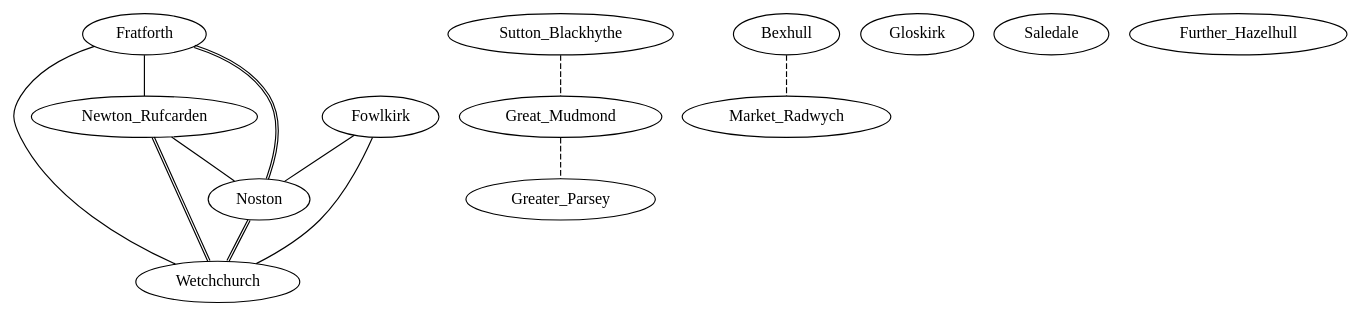
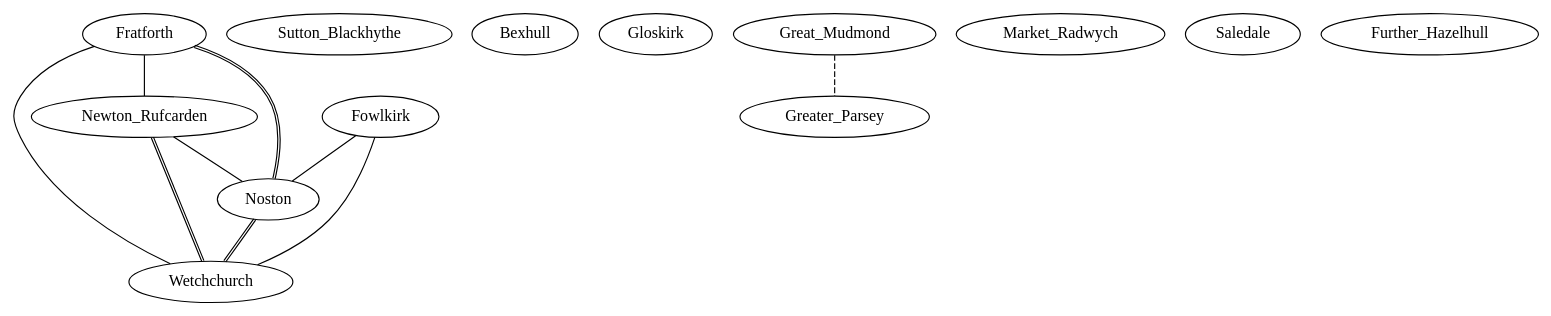
The diagram in simoutput.dot (Spagooni/base_java_project---Copy), drawn with Graphviz before and after one commit. The commit also changed 39 other files, not shown here.

```diff
--- a/simoutput.dot
+++ b/simoutput.dot
@@ -1,26 +1,24 @@
 graph Towns {
     Fratforth
     Sutton_Blackhythe
     Bexhull
     Wetchchurch
     Newton_Rufcarden
     Gloskirk
     Great_Mudmond
     Noston
     Greater_Parsey
     Market_Radwych
     Fowlkirk
     Saledale
     Further_Hazelhull
     Newton_Rufcarden -- Noston
     Newton_Rufcarden -- Wetchchurch [color="black:black"]
     Fratforth -- Wetchchurch
     Great_Mudmond -- Greater_Parsey [style="dashed"]
     Fratforth -- Noston [color="black:black"]
     Noston -- Wetchchurch [color="black:black"]
     Fowlkirk -- Wetchchurch
-    Bexhull -- Market_Radwych [style="dashed"]
-    Sutton_Blackhythe -- Great_Mudmond [style="dashed"]
     Fratforth -- Newton_Rufcarden
     Fowlkirk -- Noston
 }
```
